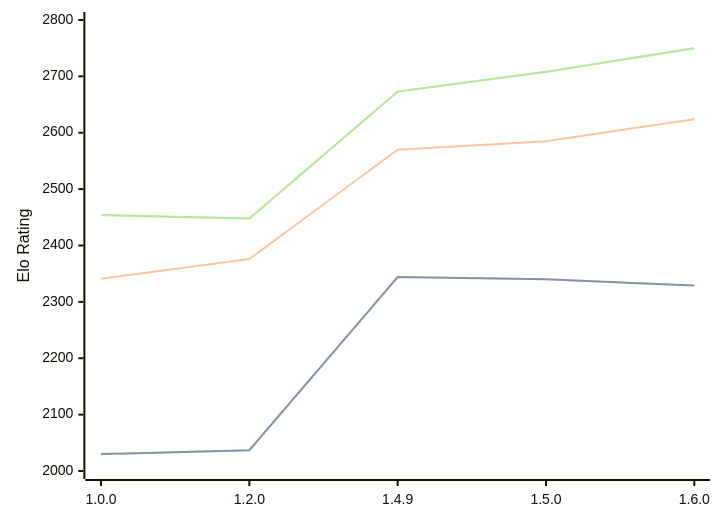
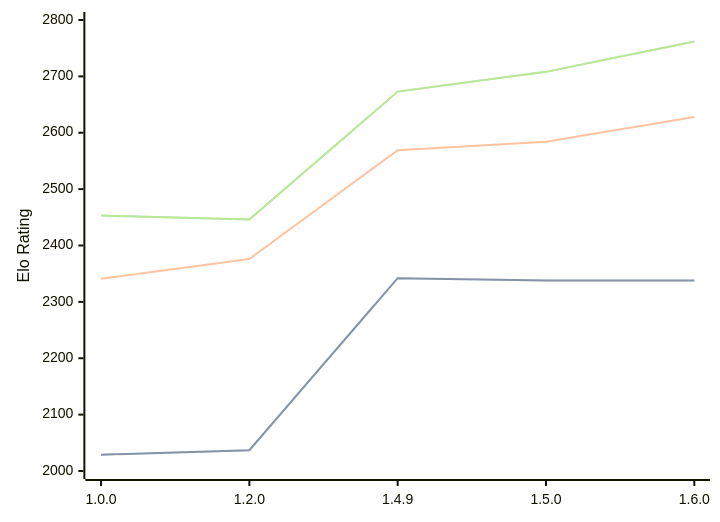
One commit to computer-chess-index/cci changed the third of 3 diagrams in engines/Basilisk.md. Above: the diagram before and after it, drawn with Mermaid. The commit also changed other lines of this file, not shown here.

Commit message:
Update CCI Ratings (ELO VLTC) - 2026-06-27

````diff
--- a/engines/Basilisk.md
+++ b/engines/Basilisk.md
@@ -82,11 +82,11 @@
 ```mermaid
 %%{init: {"theme":"base","themeVariables":{"seriesColors:['#a3a3a3','#222221','#faa371']}}}%%
 xychart-beta
   x-axis ["1.0.0", "1.2.0", "1.4.9", "1.5.0", "1.6.0"]
   y-axis "Elo Rating" 2000 --> 2800
-  line "STC (8.0+0.08s)" [2030, 2037, 2344, 2340, 2329]
-  line "STC (8.0+0.08s)" [2030, 2037, 2344, 2340, 2329]
-  line "LTC (60.0+0.60s)" [2341, 2376, 2570, 2585, 2624]
-  line "VLTC (2m24s+1.12s)" [2454, 2448, 2673, 2708, 2750]
-  line "VLTC (2m24s+1.12s)" [2454, 2448, 2673, 2708, 2750]
+  line "STC (8.0+0.08s)" [2029, 2037, 2342, 2338, 2338]
+  line "STC (8.0+0.08s)" [2029, 2037, 2342, 2338, 2338]
+  line "LTC (60.0+0.60s)" [2341, 2376, 2569, 2584, 2628]
+  line "VLTC (2m24s+1.12s)" [2453, 2446, 2673, 2708, 2762]
+  line "VLTC (2m24s+1.12s)" [2453, 2446, 2673, 2708, 2762]
 ```
````
